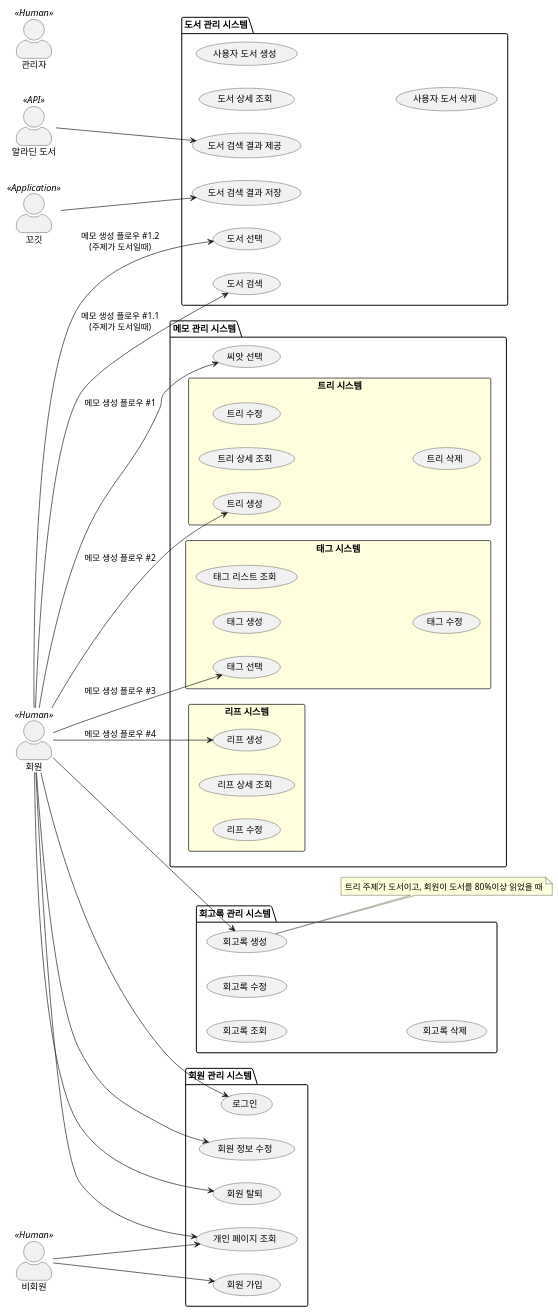
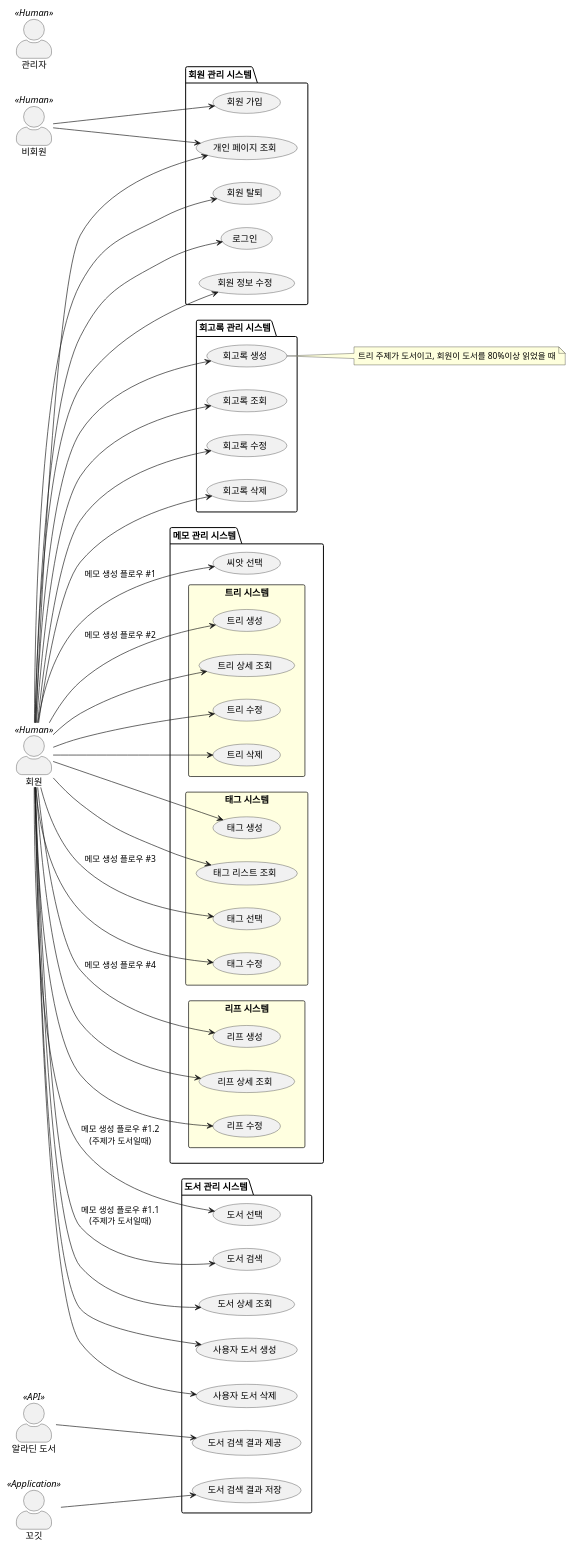
One commit to Jomalang/ggogit changed the diagram in docs/유즈케이스/유즈케이스.md. Above: the diagram before and after it, drawn with PlantUML.

Commit message:
Docs: [문서] #344 유즈케이스 문서 회원 유즈케이스 완료

```diff
--- a/docs/유즈케이스/유즈케이스.md
+++ b/docs/유즈케이스/유즈케이스.md
@@ -83,6 +83,28 @@
 '도서 관리 시스템
     ggogit --> saveSearchResult
     aladin --> provideSearchResult
+    user --> createBook
+    user --> deleteBook
+    user --> readBook
+    
+'트리 관리 시스템
+    user --> readTree
+    user --> updateTree
+    user --> deleteTree
+    
+'회고록 관리 시스템
+    user --> readMemoir
+    user --> updateMemoir
+    user --> deleteMemoir
+    
+'태그 관리 시스템
+    user --> createTag
+    user --> readTag
+    user --> updateTag
+
+'리프 관리 시스템
+    user --> readLeaf
+    user --> updateLeaf
 
 '메모관리 시스템
     user --> pickSeed : 메모 생성 플로우 #1
```
